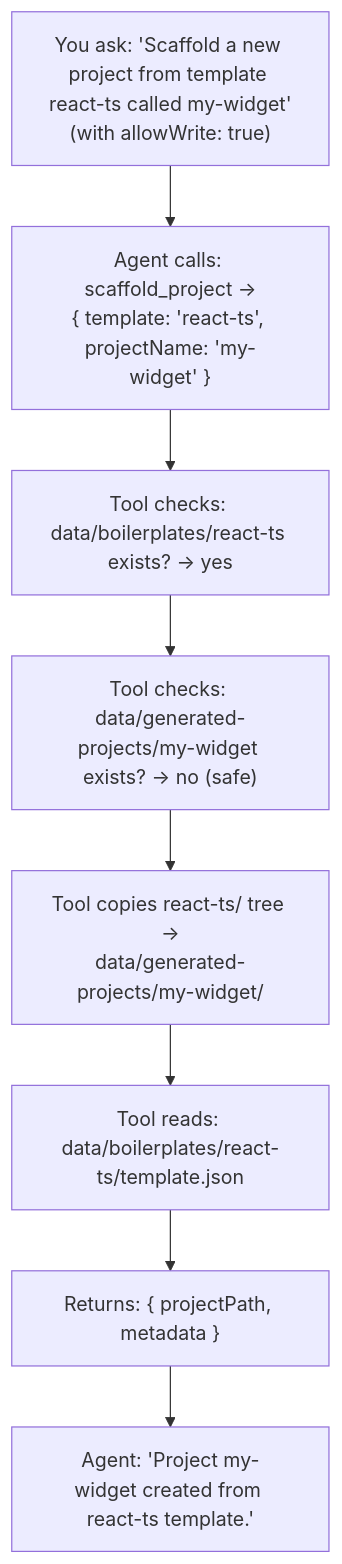
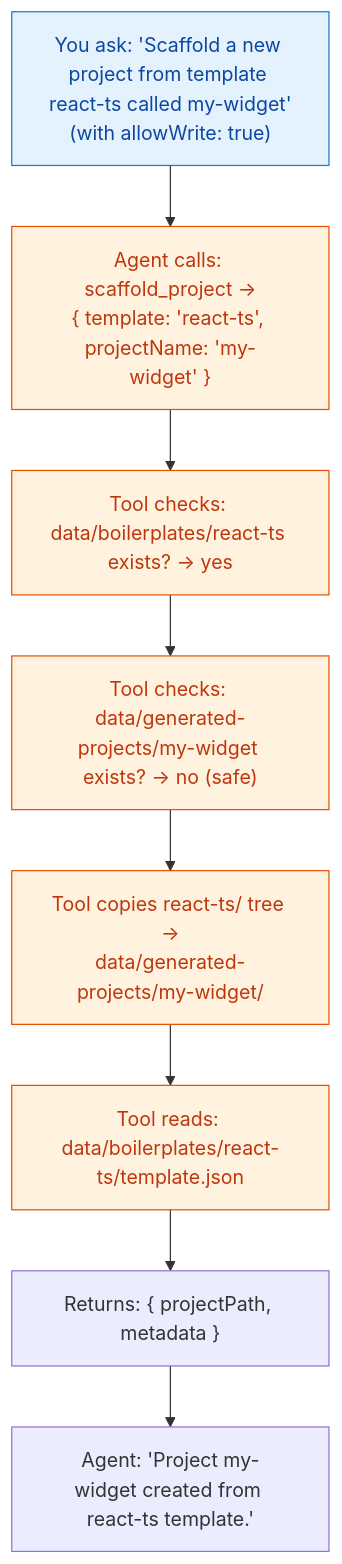
One commit to Guebbit/AI-coding-assistant changed the diagram in docs/packages/tools/scaffold-project.md. Above: the diagram before and after it, drawn with Mermaid. The commit also changed 54 other files, not shown here.

First line of the commit message:
docs: add mermaid diagrams to quickstart & ollama-notes, color-code all flowcharts

````diff
--- a/docs/packages/tools/scaffold-project.md
+++ b/docs/packages/tools/scaffold-project.md
@@ -99,11 +99,17 @@
 ```mermaid
 flowchart TD
     A["You ask: 'Scaffold a new project from template react-ts called my-widget'\n(with allowWrite: true)"]
     A --> B["Agent calls: scaffold_project →\n{ template: 'react-ts', projectName: 'my-widget' }"]
     B --> C["Tool checks: data/boilerplates/react-ts exists? → yes"]
     C --> D["Tool checks: data/generated-projects/my-widget exists? → no (safe)"]
     D --> E["Tool copies react-ts/ tree →\ndata/generated-projects/my-widget/"]
     E --> F["Tool reads: data/boilerplates/react-ts/template.json"]
     F --> G["Returns: { projectPath, metadata }"]
     G --> H["Agent: 'Project my-widget created from react-ts template.'"]
+    style A fill:#e3f2fd,stroke:#1976d2,color:#0d47a1
+    style B fill:#fff3e0,stroke:#e65100,color:#bf360c
+    style C fill:#fff3e0,stroke:#e65100,color:#bf360c
+    style D fill:#fff3e0,stroke:#e65100,color:#bf360c
+    style E fill:#fff3e0,stroke:#e65100,color:#bf360c
+    style F fill:#fff3e0,stroke:#e65100,color:#bf360c
 ```
````
